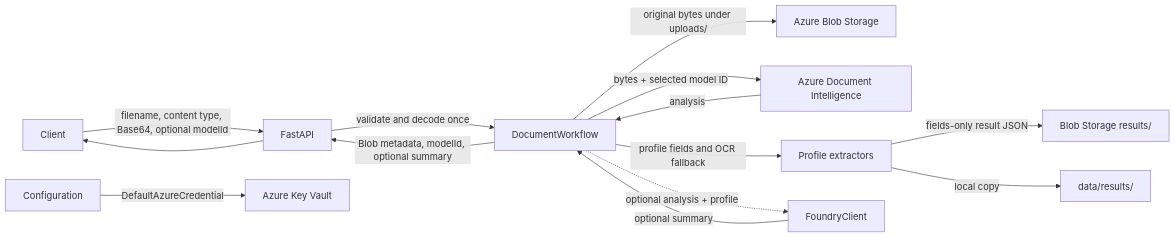
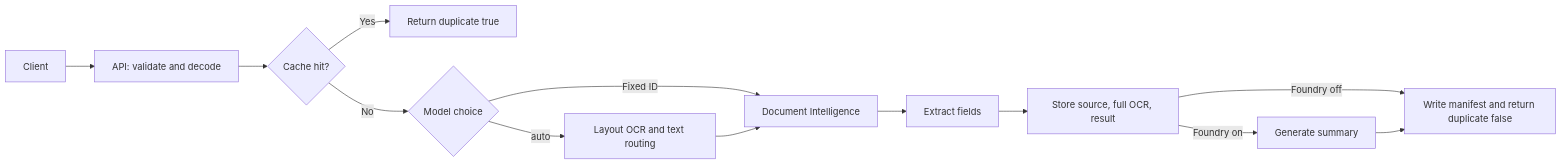
Before and after one commit to Srivighnesh/Document-Intelligence-Azure: the diagram in README.md, drawn with Mermaid. The commit also changed other lines of this file and 23 other files, not shown here.

````diff
--- a/README.md
+++ b/README.md
@@ -16,16 +16,15 @@
 ```mermaid
 flowchart LR
-    U[Client] -->|filename, content type, Base64, optional modelId| API[FastAPI]
-    CFG[Configuration] -->|DefaultAzureCredential| KV[Azure Key Vault]
-    API -->|validate and decode once| WF[DocumentWorkflow]
-    WF -->|original bytes under uploads/| BLOB[Azure Blob Storage]
-    WF -->|bytes + selected model ID| DI[Azure Document Intelligence]
-    DI -->|analysis| WF
-    WF -->|profile fields and OCR fallback| EX[Profile extractors]
-    EX -->|fields-only result JSON| BLOB2[Blob Storage results/]
-    EX -->|local copy| LOCAL[data/results/]
-    WF -.->|optional analysis + profile| FA[FoundryClient]
-    FA -->|optional summary| WF
-    WF -->|Blob metadata, modelId, optional summary| API
-    API --> U
+    CLIENT[Client] --> API[API: validate and decode]
+    API --> CACHE{Cache hit?}
+    CACHE -->|Yes| CACHED[Return duplicate true]
+    CACHE -->|No| MODE{Model choice}
+    MODE -->|Fixed ID| DI[Document Intelligence]
+    MODE -->|auto| OCR[Layout OCR and text routing]
+    OCR --> DI
+    DI --> EXTRACT[Extract fields]
+    EXTRACT --> STORE[Store source, full OCR, result]
+    STORE -->|Foundry on| SUMMARY[Generate summary]
+    STORE -->|Foundry off| MANIFEST[Write manifest and return duplicate false]
+    SUMMARY --> MANIFEST
 ```
````
